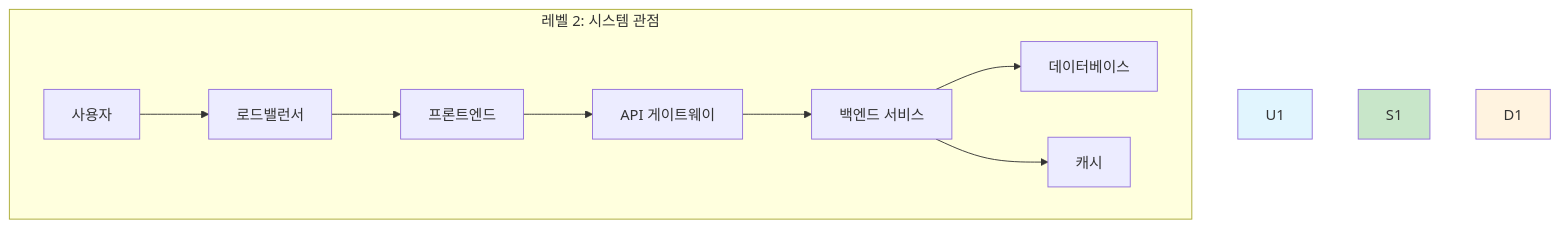
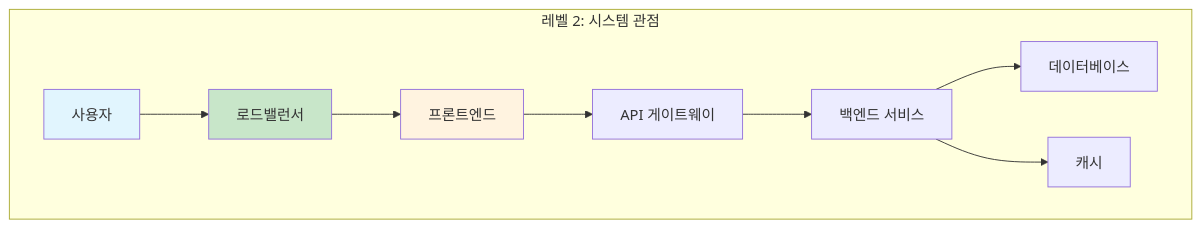
The second of 5 diagrams in theory/december/make_diagram/lecture/02_complexity_management.md (niceguy61/kdt_devops_lecture_2025), drawn with Mermaid before and after one commit.

````diff
--- a/theory/december/make_diagram/lecture/02_complexity_management.md
+++ b/theory/december/make_diagram/lecture/02_complexity_management.md
@@ -64,14 +64,14 @@
 ```mermaid
 graph TB
     subgraph "레벨 2: 시스템 관점"
         U2[사용자] --> LB[로드밸런서]
         LB --> FE[프론트엔드]
         FE --> API[API 게이트웨이]
         API --> BE[백엔드 서비스]
         BE --> DB[데이터베이스]
         BE --> C[캐시]
     end    
-    style U1 fill:#e1f5fe
-    style S1 fill:#c8e6c9
-    style D1 fill:#fff3e0
+    style U2 fill:#e1f5fe
+    style LB fill:#c8e6c9
+    style FE fill:#fff3e0
 ```
````
